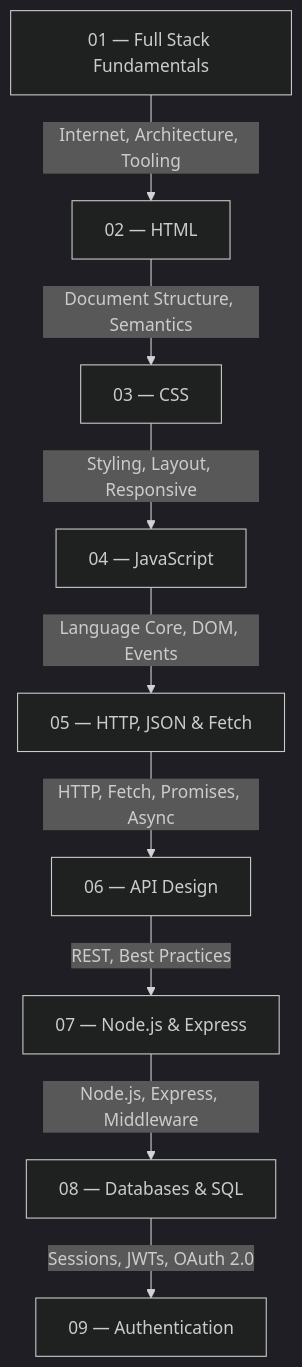
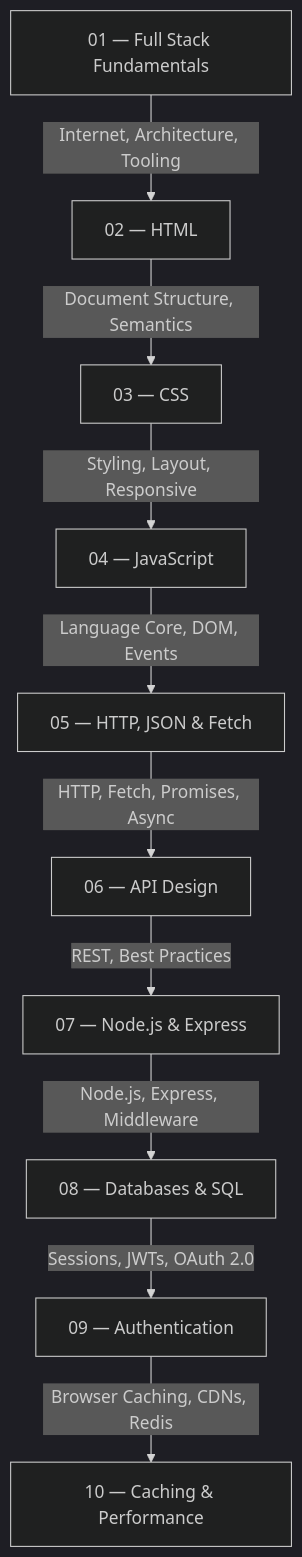
Before and after one commit to Enggvault/Full-stack: the diagram in README.md, drawn with Mermaid (dark theme). The commit also changed other lines of this file and 11 other files, not shown here.

````diff
--- a/README.md
+++ b/README.md
@@ -48,21 +48,23 @@
 ```mermaid
 graph TD
     A["01 — Full Stack Fundamentals"]
     B["02 — HTML"]
     C["03 — CSS"]
     D["04 — JavaScript"]
     E["05 — HTTP, JSON & Fetch"]
     F["06 — API Design"]
     G["07 — Node.js & Express"]
     H["08 — Databases & SQL"]
     I["09 — Authentication"]
+    J["10 — Caching & Performance"]
 
     A -->|"Internet, Architecture, Tooling"| B
     B -->|"Document Structure, Semantics"| C
     C -->|"Styling, Layout, Responsive"| D
     D -->|"Language Core, DOM, Events"| E
     E -->|"HTTP, Fetch, Promises, Async"| F
     F -->|"REST, Best Practices"| G
     G -->|"Node.js, Express, Middleware"| H
     H -->|"Sessions, JWTs, OAuth 2.0"| I
+    I -->|"Browser Caching, CDNs, Redis"| J
 ```
````
